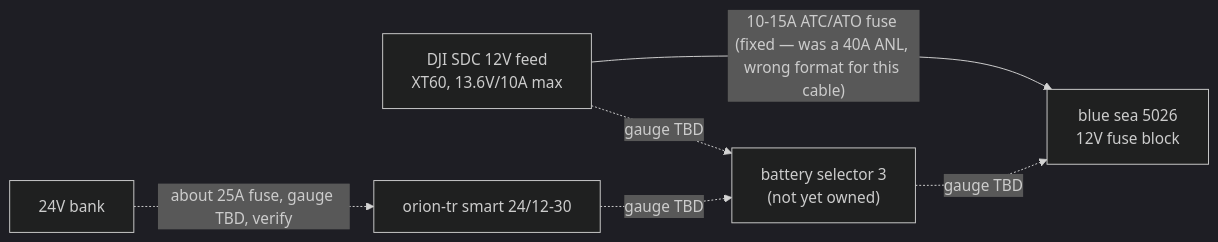
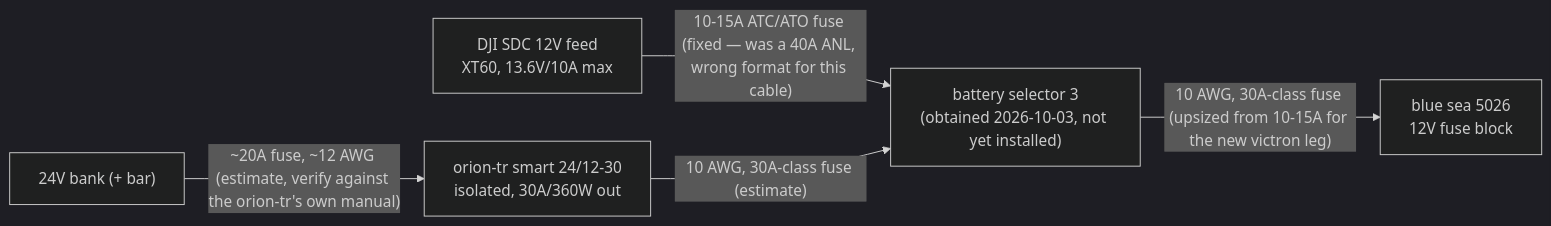
One commit to timit/vandalia changed the fifth of 6 diagrams in electrical/diagrams.md. Above: the diagram before and after it, drawn with Mermaid (dark theme). The commit also changed other lines of this file and 5 other files, not shown here.

````diff
--- a/electrical/diagrams.md
+++ b/electrical/diagrams.md
@@ -75,8 +75,7 @@
 ```mermaid
 flowchart LR
-  djisdc["DJI SDC 12V feed<br/>XT60, 13.6V/10A max"] -->|"10-15A ATC/ATO fuse (fixed — was a 40A ANL, wrong format for this cable)"| fb["blue sea 5026<br/>12V fuse block"]
-  bank["24V bank"] -.->|"about 25A fuse, gauge TBD, verify"| conv["orion-tr smart 24/12-30"]
-  conv -.->|"gauge TBD"| s3["battery selector 3<br/>(not yet owned)"]
-  djisdc -.->|"gauge TBD"| s3
-  s3 -.->|"gauge TBD"| fb
+  djisdc["DJI SDC 12V feed<br/>XT60, 13.6V/10A max"] -->|"10-15A ATC/ATO fuse (fixed — was a 40A ANL, wrong format for this cable)"| s3["battery selector 3<br/>(obtained 2026-10-03, not yet installed)"]
+  bank["24V bank (+ bar)"] -->|"~20A fuse, ~12 AWG (estimate, verify against the orion-tr's own manual)"| conv["orion-tr smart 24/12-30<br/>isolated, 30A/360W out"]
+  conv -->|"10 AWG, 30A-class fuse (estimate)"| s3
+  s3 -->|"10 AWG, 30A-class fuse (upsized from 10-15A for the new victron leg)"| fb["blue sea 5026<br/>12V fuse block"]
 ```
````
